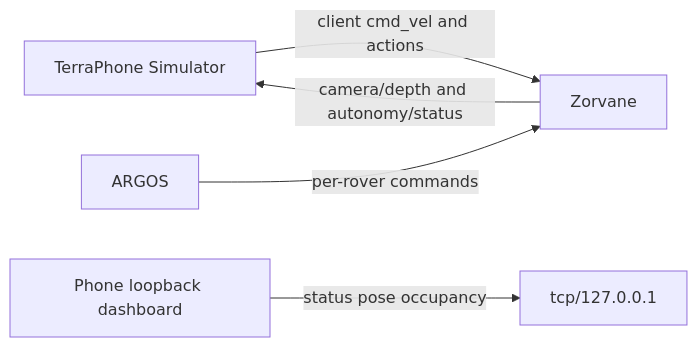
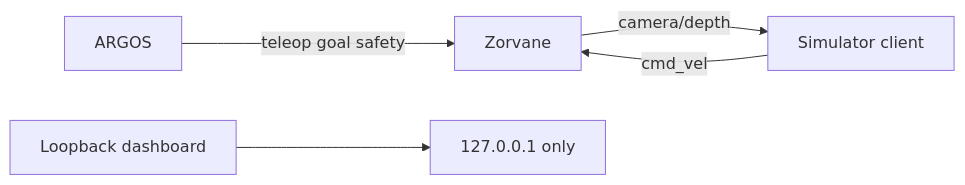
The first of 2 diagrams in docs/zenoh.md (Super-Yojan/Terra), drawn with Mermaid before and after one commit. The commit also changed other lines of this file and 55 other files, not shown here.

First line of the commit message:
Make the Terra docs scannable with diagrams and short pages. (#30)

````diff
--- a/docs/zenoh.md
+++ b/docs/zenoh.md
@@ -14,11 +9,7 @@
 ```mermaid
 flowchart LR
-  PhoneSim[TerraPhone Simulator]
-  PhoneDash[Phone loopback dashboard]
-  ARGOS[ARGOS]
-  Zorvane[Zorvane]
-  PhoneSim -->|client cmd_vel and actions| Zorvane
-  Zorvane -->|camera/depth and autonomy/status| PhoneSim
-  ARGOS -->|per-rover commands| Zorvane
-  PhoneDash -->|status pose occupancy| Loop[tcp/127.0.0.1]
+  ARGOS[ARGOS] -->|teleop goal safety| Z[Zorvane]
+  Sim[Simulator client] -->|cmd_vel| Z
+  Z -->|camera/depth| Sim
+  Dash[Loopback dashboard] --> Local[127.0.0.1 only]
 ```
````
